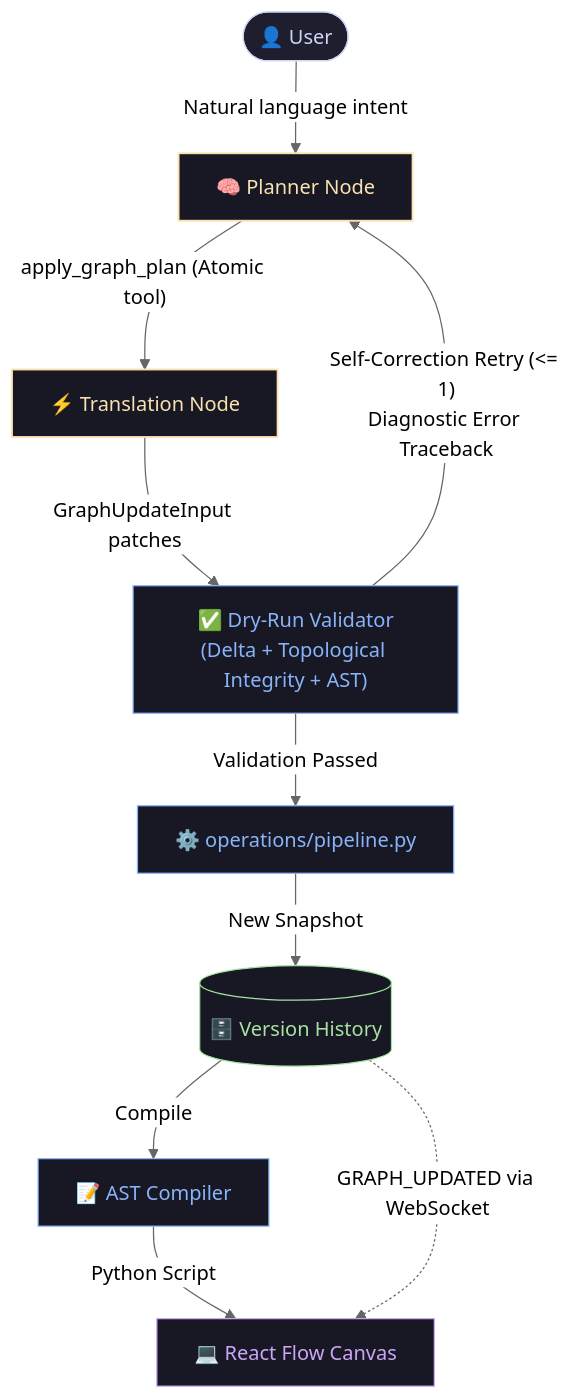
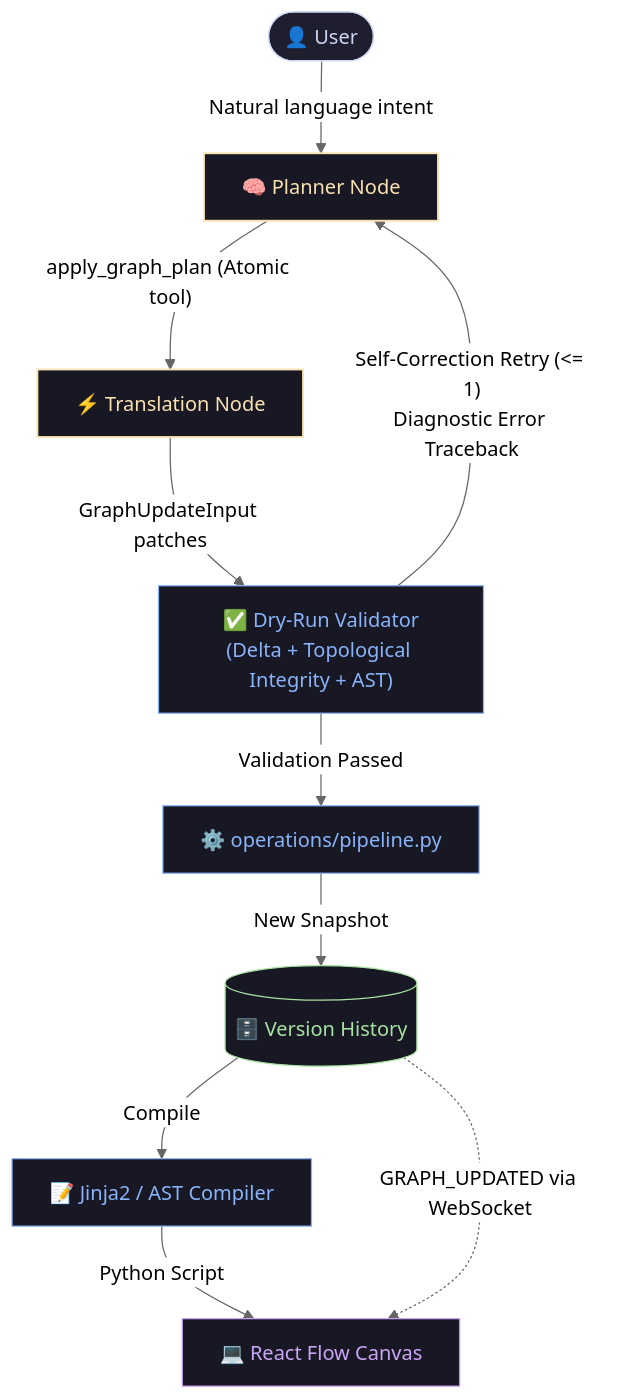
One commit to kszucher/graphboard changed the diagram in README.md. Above: the diagram before and after it, drawn with Mermaid (neutral theme). The commit also changed other lines of this file and 21 other files, not shown here.

````diff
--- a/README.md
+++ b/README.md
@@ -31,25 +31,25 @@
 ```mermaid
 graph TD
     %% Styling
     classDef default fill:#1e1e2e,stroke:#cdd6f4,stroke-width:1px,color:#cdd6f4;
     classDef ui fill:#181825,stroke:#cba6f7,stroke-width:1px,color:#cba6f7;
     classDef copilot fill:#181825,stroke:#f9e2af,stroke-width:1.5px,color:#f9e2af;
     classDef backend fill:#181825,stroke:#89b4fa,stroke-width:1px,color:#89b4fa;
     classDef store fill:#181825,stroke:#a6e3a1,stroke-width:1px,color:#a6e3a1;
 
     User([👤 User]) -->|"Natural language intent"| Planner["🧠 Planner Node"]
     Planner -->|"apply_graph_plan (Atomic tool)"| Translator["⚡ Translation Node"]
     Translator -->|"GraphUpdateInput patches"| Validator["✅ Dry-Run Validator<br/>(Delta + Topological Integrity + AST)"]
     Validator -->|"Self-Correction Retry (<= 1)<br/>Diagnostic Error Traceback"| Planner
     Validator -->|"Validation Passed"| Operations["⚙️ operations/pipeline.py"]
     Operations -->|"New Snapshot"| History[("🗄️ Version History")]
-    History -->|"Compile"| Compiler["📝 AST Compiler"]
+    History -->|"Compile"| Compiler["📝 Jinja2 / AST Compiler"]
     Compiler -->|"Python Script"| Canvas["💻 React Flow Canvas"]
     History -.->|"GRAPH_UPDATED via WebSocket"| Canvas
 
     class Planner,Translator copilot;
     class Validator,Operations,Compiler backend;
     class History store;
     class Canvas ui;
     class User default;
 ```
````
